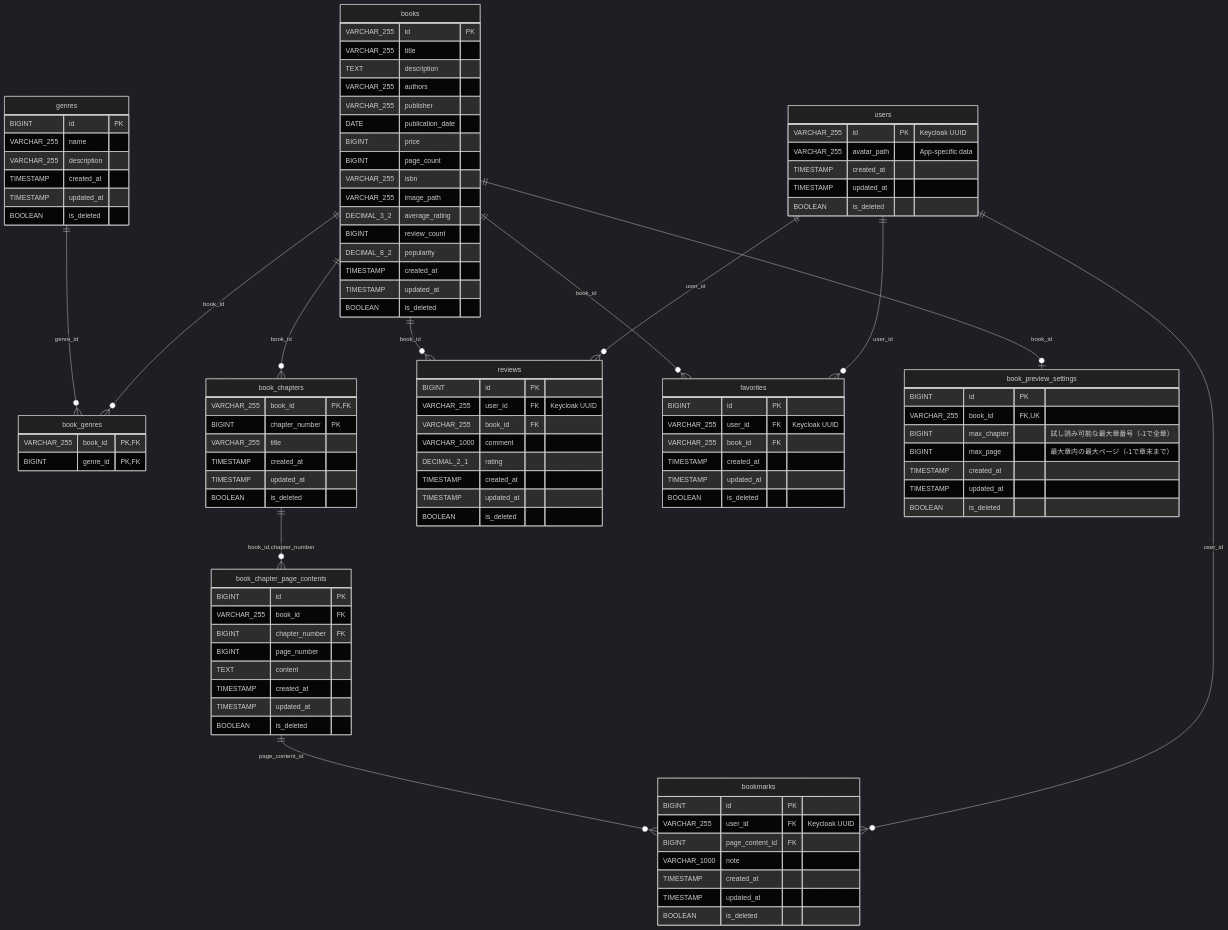
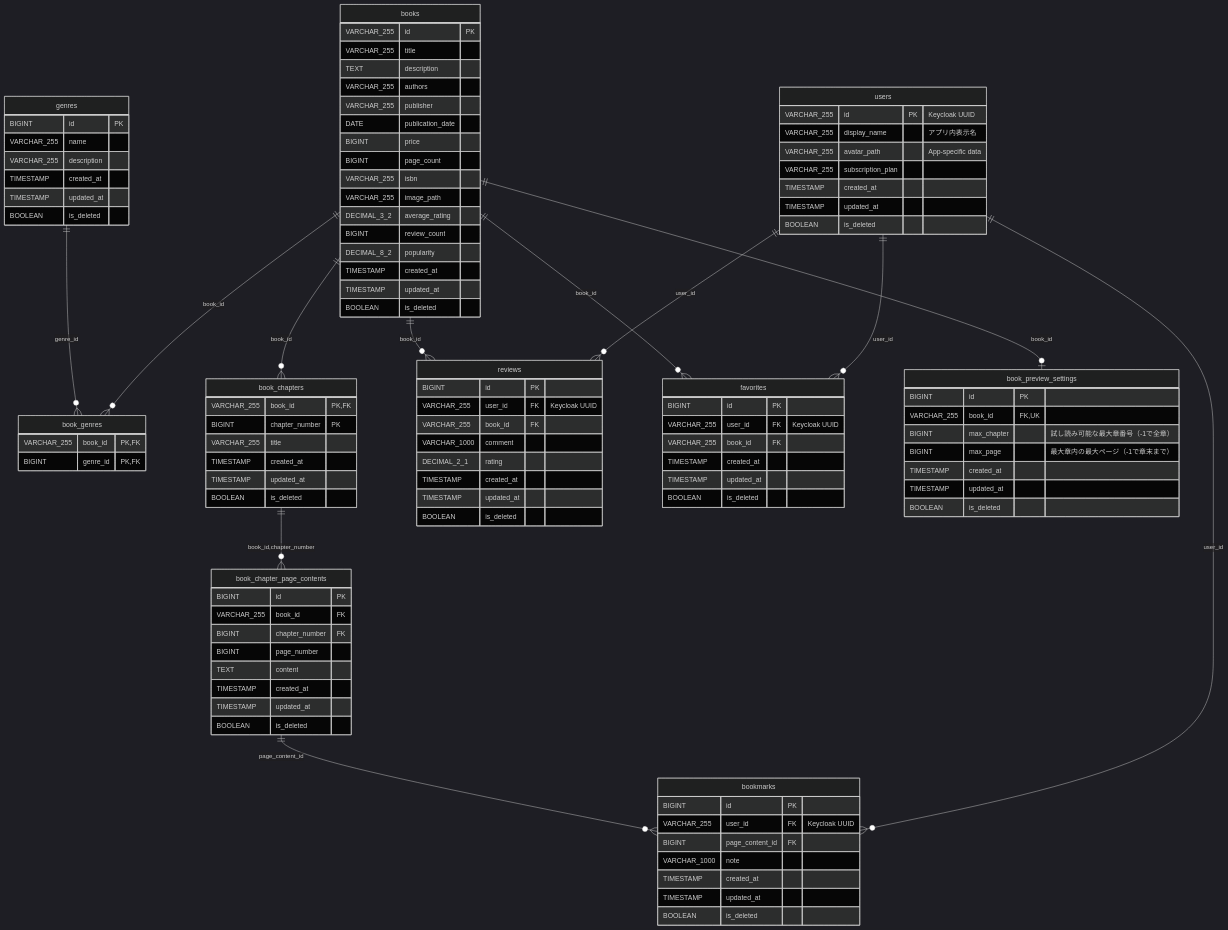
Before and after one commit to Ndia-R/vsv-emerald: the diagram in db/ER図.mmd, drawn with Mermaid (dark theme). The commit also changed 3 other files, not shown here.

```diff
--- a/db/ER図.mmd
+++ b/db/ER図.mmd
@@ -1,120 +1,122 @@
 erDiagram
     users {
         VARCHAR_255 id PK "Keycloak UUID"
+        VARCHAR_255 display_name "アプリ内表示名"
         VARCHAR_255 avatar_path "App-specific data"
+        VARCHAR_255 subscription_plan
         TIMESTAMP created_at
         TIMESTAMP updated_at
         BOOLEAN is_deleted
     }
 
     books {
         VARCHAR_255 id PK
         VARCHAR_255 title
         TEXT description
         VARCHAR_255 authors
         VARCHAR_255 publisher
         DATE publication_date
         BIGINT price
         BIGINT page_count
         VARCHAR_255 isbn
         VARCHAR_255 image_path
         DECIMAL_3_2 average_rating
         BIGINT review_count
         DECIMAL_8_2 popularity
         TIMESTAMP created_at
         TIMESTAMP updated_at
         BOOLEAN is_deleted
     }
 
     genres {
         BIGINT id PK
         VARCHAR_255 name
         VARCHAR_255 description
         TIMESTAMP created_at
         TIMESTAMP updated_at
         BOOLEAN is_deleted
     }
 
     book_genres {
         VARCHAR_255 book_id PK,FK
         BIGINT genre_id PK,FK
     }
 
     book_chapters {
         VARCHAR_255 book_id PK,FK
         BIGINT chapter_number PK
         VARCHAR_255 title
         TIMESTAMP created_at
         TIMESTAMP updated_at
         BOOLEAN is_deleted
     }
 
     book_chapter_page_contents {
         BIGINT id PK
         VARCHAR_255 book_id FK
         BIGINT chapter_number FK
         BIGINT page_number
         TEXT content
         TIMESTAMP created_at
         TIMESTAMP updated_at
         BOOLEAN is_deleted
     }
 
     reviews {
         BIGINT id PK
         VARCHAR_255 user_id FK "Keycloak UUID"
         VARCHAR_255 book_id FK
         VARCHAR_1000 comment
         DECIMAL_2_1 rating
         TIMESTAMP created_at
         TIMESTAMP updated_at
         BOOLEAN is_deleted
     }
 
     favorites {
         BIGINT id PK
         VARCHAR_255 user_id FK "Keycloak UUID"
         VARCHAR_255 book_id FK
         TIMESTAMP created_at
         TIMESTAMP updated_at
         BOOLEAN is_deleted
     }
 
     bookmarks {
         BIGINT id PK
         VARCHAR_255 user_id FK "Keycloak UUID"
         BIGINT page_content_id FK
         VARCHAR_1000 note
         TIMESTAMP created_at
         TIMESTAMP updated_at
         BOOLEAN is_deleted
     }
 
     book_preview_settings {
         BIGINT id PK
         VARCHAR_255 book_id FK,UK
         BIGINT max_chapter "試し読み可能な最大章番号（-1で全章）"
         BIGINT max_page "最大章内の最大ページ（-1で章末まで）"
 
         TIMESTAMP created_at
         TIMESTAMP updated_at
         BOOLEAN is_deleted
     }
 
     %% リレーションシップ定義
     books ||--o{ book_genres : "book_id"
     genres ||--o{ book_genres : "genre_id"
 
     books ||--o{ book_chapters : "book_id"
     book_chapters ||--o{ book_chapter_page_contents : "book_id,chapter_number"
 
     users ||--o{ reviews : "user_id"
     books ||--o{ reviews : "book_id"
 
     users ||--o{ favorites : "user_id"
     books ||--o{ favorites : "book_id"
 
     users ||--o{ bookmarks : "user_id"
     book_chapter_page_contents ||--o{ bookmarks : "page_content_id"
 
     books ||--o| book_preview_settings : "book_id"
```
